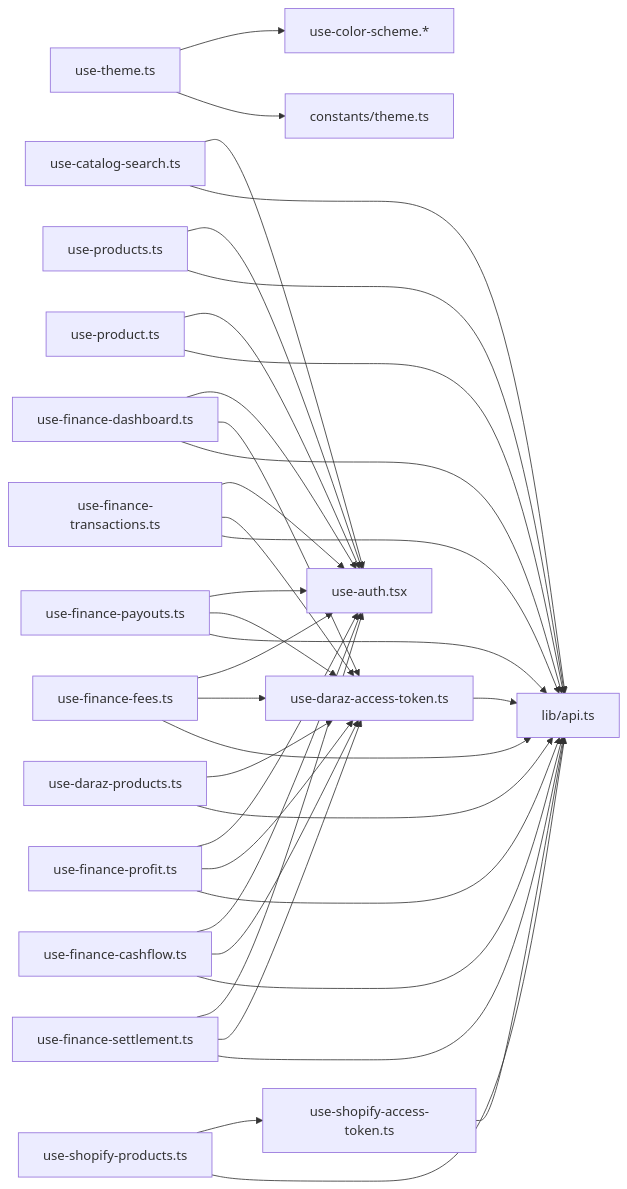
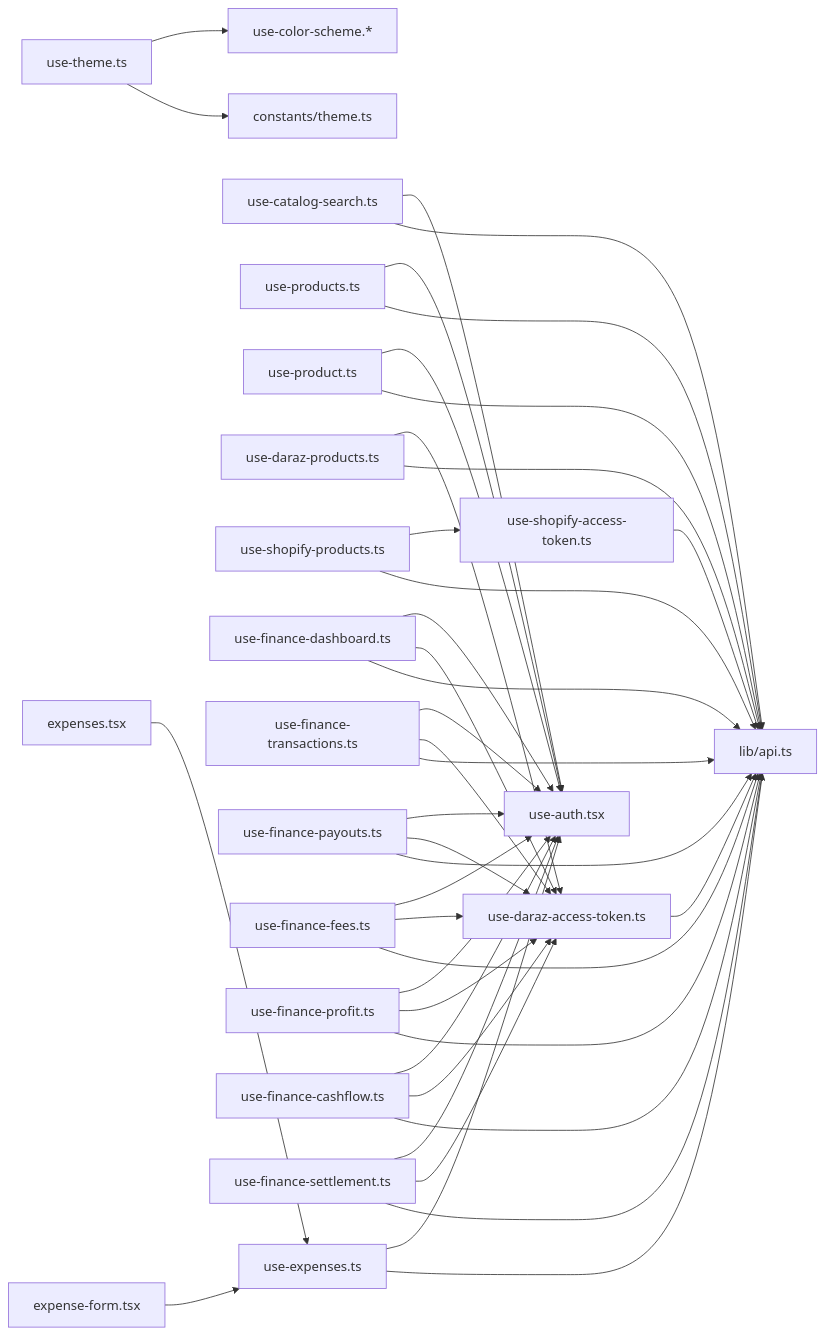
Diagram 20 of 22 in .qoder/repowiki/en/content/Hooks & State Management.md (Muhammad-Masood/tijarah-ai-app), drawn with Mermaid before and after one commit. The commit also changed other lines of this file and 14 other files, not shown here.

````diff
--- a/.qoder/repowiki/en/content/Hooks & State Management.md
+++ b/.qoder/repowiki/en/content/Hooks & State Management.md
@@ -624,38 +736,42 @@
 ```mermaid
 graph LR
 useTheme["use-theme.ts"] --> useColor["use-color-scheme.*"]
 useTheme --> themeConst["constants/theme.ts"]
 useCatalog["use-catalog-search.ts"] --> useAuth["use-auth.tsx"]
 useCatalog --> api["lib/api.ts"]
 useProducts["use-products.ts"] --> useAuth
 useProducts --> api
 useProduct["use-product.ts"] --> useAuth
 useProduct --> api
 darazTok["use-daraz-access-token.ts"] --> api
 shopTok["use-shopify-access-token.ts"] --> api
 darazProd["use-daraz-products.ts"] --> darazTok
 darazProd --> api
 shopProd["use-shopify-products.ts"] --> shopTok
 shopProd --> api
 useFinanceDash["use-finance-dashboard.ts"] --> useAuth
 useFinanceDash --> darazTok
 useFinanceDash --> api
 useFinanceTrans["use-finance-transactions.ts"] --> useAuth
 useFinanceTrans --> darazTok
 useFinanceTrans --> api
 useFinancePayouts["use-finance-payouts.ts"] --> useAuth
 useFinancePayouts --> darazTok
 useFinancePayouts --> api
 useFinanceFees["use-finance-fees.ts"] --> useAuth
 useFinanceFees --> darazTok
 useFinanceFees --> api
 useFinanceProfit["use-finance-profit.ts"] --> useAuth
 useFinanceProfit --> darazTok
 useFinanceProfit --> api
 useFinanceCashflow["use-finance-cashflow.ts"] --> useAuth
 useFinanceCashflow --> darazTok
 useFinanceCashflow --> api
 useFinanceSettlement["use-finance-settlement.ts"] --> useAuth
 useFinanceSettlement --> darazTok
 useFinanceSettlement --> api
+useExpenses["use-expenses.ts"] --> useAuth
+useExpenses --> api
+expensesScreen["expenses.tsx"] --> useExpenses
+expenseForm["expense-form.tsx"] --> useExpenses
 ```
````
